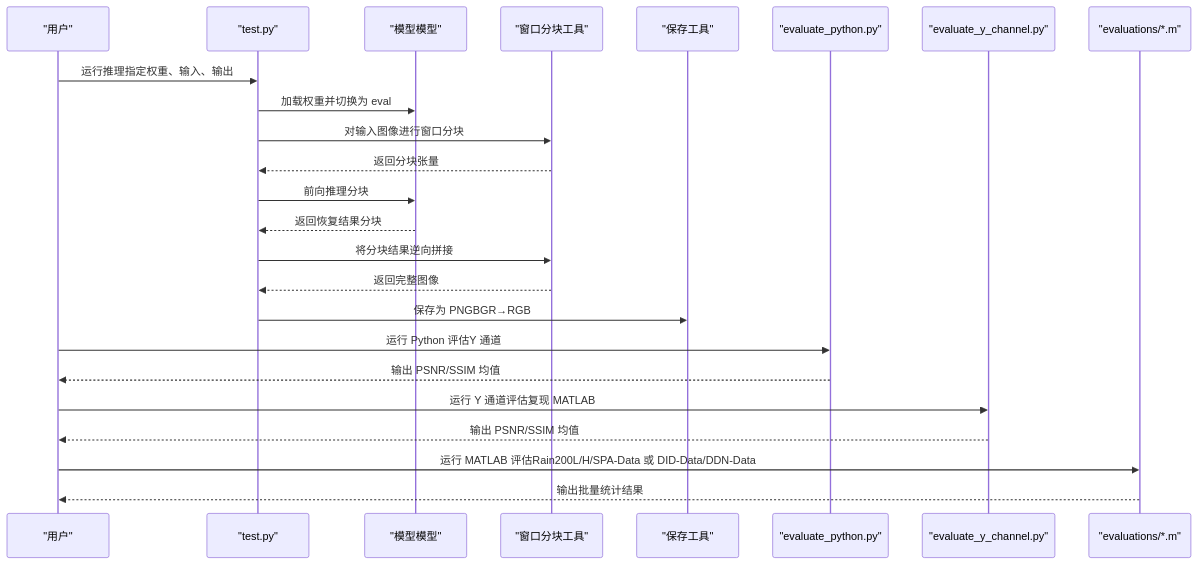
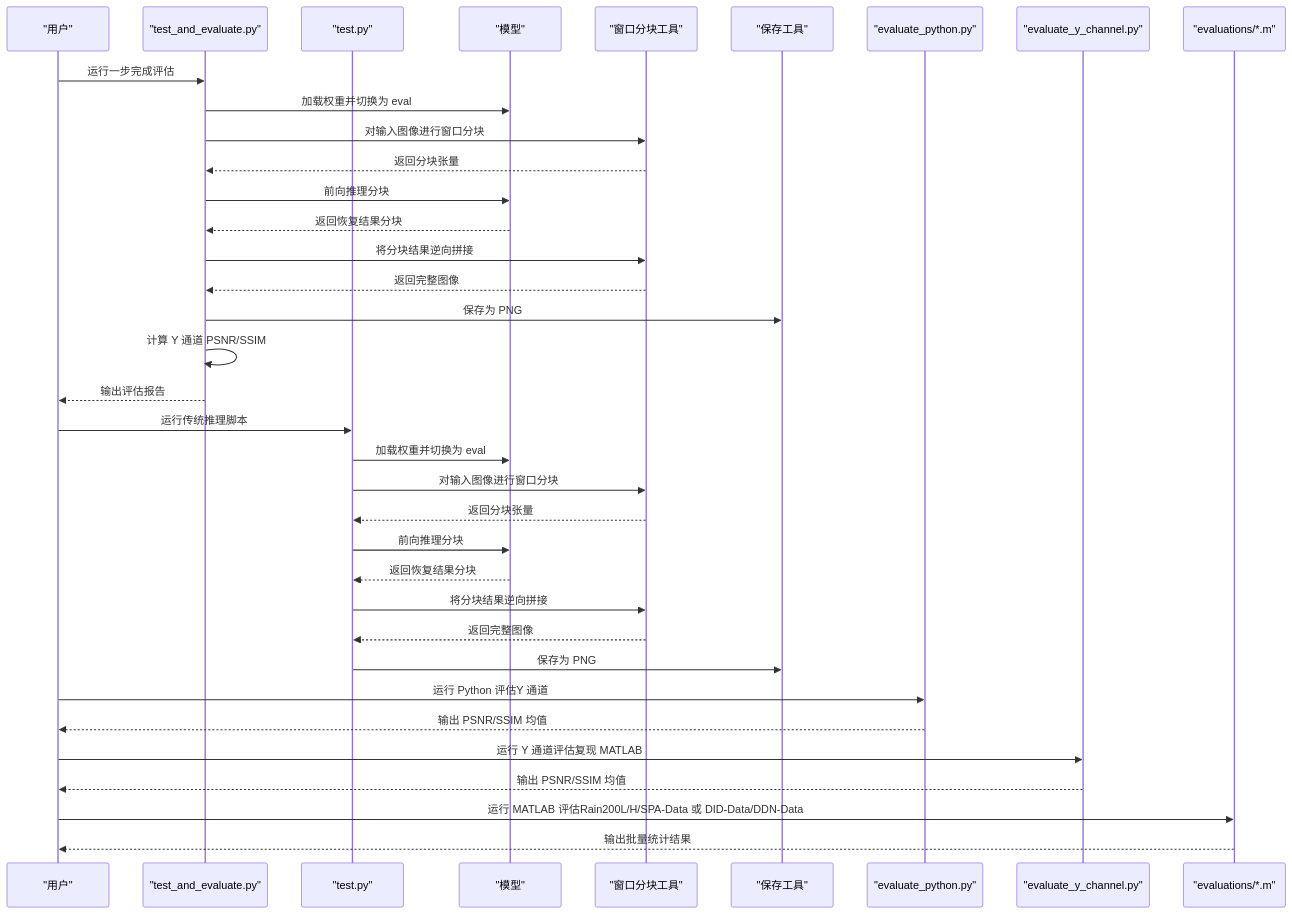
The second of 9 diagrams in .qoder/repowiki/zh/content/评估与测试/评估与测试.md (MSan333/NeRD-Rain-main), drawn with Mermaid before and after one commit. The commit also changed other lines of this file and 26 other files, not shown here.

First line of the commit message:
docs: 添加答辩用架构图（8张HTML/SVG模块图）

````diff
--- a/.qoder/repowiki/zh/content/评估与测试/评估与测试.md
+++ b/.qoder/repowiki/zh/content/评估与测试/评估与测试.md
@@ -81,26 +88,38 @@
 ```mermaid
 sequenceDiagram
 participant U as "用户"
+participant TE as "test_and_evaluate.py"
 participant T as "test.py"
-participant M as "模型模型"
+participant M as "模型"
 participant L as "窗口分块工具"
 participant S as "保存工具"
 participant E1 as "evaluate_python.py"
 participant E2 as "evaluate_y_channel.py"
 participant EM as "evaluations/*.m"
-U->>T : 运行推理指定权重、输入、输出
+U->>TE : 运行一步完成评估
+TE->>M : 加载权重并切换为 eval
+TE->>L : 对输入图像进行窗口分块
+L-->>TE : 返回分块张量
+TE->>M : 前向推理分块
+M-->>TE : 返回恢复结果分块
+TE->>L : 将分块结果逆向拼接
+L-->>TE : 返回完整图像
+TE->>S : 保存为 PNG
+TE->>TE : 计算 Y 通道 PSNR/SSIM
+TE-->>U : 输出评估报告
+U->>T : 运行传统推理脚本
 T->>M : 加载权重并切换为 eval
 T->>L : 对输入图像进行窗口分块
 L-->>T : 返回分块张量
 T->>M : 前向推理分块
 M-->>T : 返回恢复结果分块
 T->>L : 将分块结果逆向拼接
 L-->>T : 返回完整图像
-T->>S : 保存为 PNGBGR→RGB
+T->>S : 保存为 PNG
 U->>E1 : 运行 Python 评估Y 通道
 E1-->>U : 输出 PSNR/SSIM 均值
 U->>E2 : 运行 Y 通道评估复现 MATLAB
 E2-->>U : 输出 PSNR/SSIM 均值
 U->>EM : 运行 MATLAB 评估Rain200L/H/SPA-Data 或 DID-Data/DDN-Data
 EM-->>U : 输出批量统计结果
 ```
````
